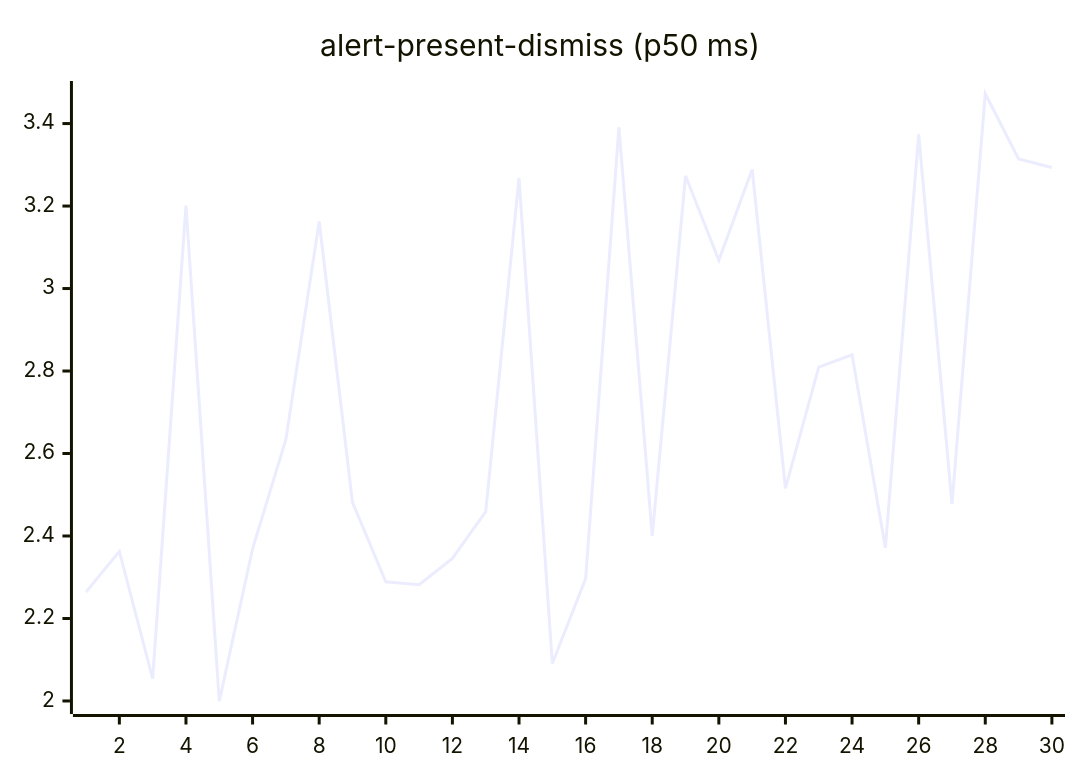
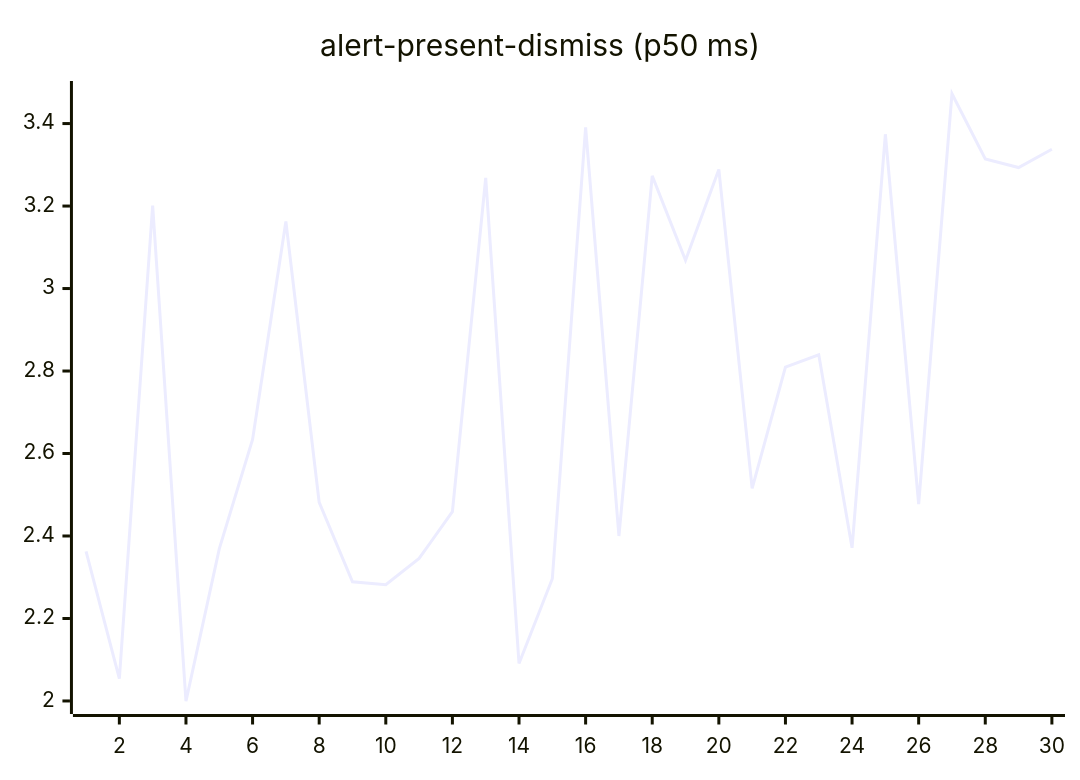
One commit to josha/Facet changed the second of 27 diagrams in README.md. Above: the diagram before and after it, drawn with Mermaid. The commit also changed other lines of this file and 2 other files, not shown here.

````diff
--- a/README.md
+++ b/README.md
@@ -70,6 +70,6 @@
 ```mermaid
 xychart-beta
     title "alert-present-dismiss (p50 ms)"
     x-axis 1 --> 30
-    line [2.2642, 2.3626, 2.0543, 3.2013, 1.9993, 2.3689, 2.6340, 3.1626, 2.4814, 2.2888, 2.2819, 2.3455, 2.4588, 3.2682, 2.0908, 2.2965, 3.3910, 2.4000, 3.2732, 3.0684, 3.2888, 2.5156, 2.8095, 2.8395, 2.3714, 3.3741, 2.4770, 3.4723, 3.3142, 3.2934]
+    line [2.3626, 2.0543, 3.2013, 1.9993, 2.3689, 2.6340, 3.1626, 2.4814, 2.2888, 2.2819, 2.3455, 2.4588, 3.2682, 2.0908, 2.2965, 3.3910, 2.4000, 3.2732, 3.0684, 3.2888, 2.5156, 2.8095, 2.8395, 2.3714, 3.3741, 2.4770, 3.4723, 3.3142, 3.2934, 3.3378]
 ```
````
